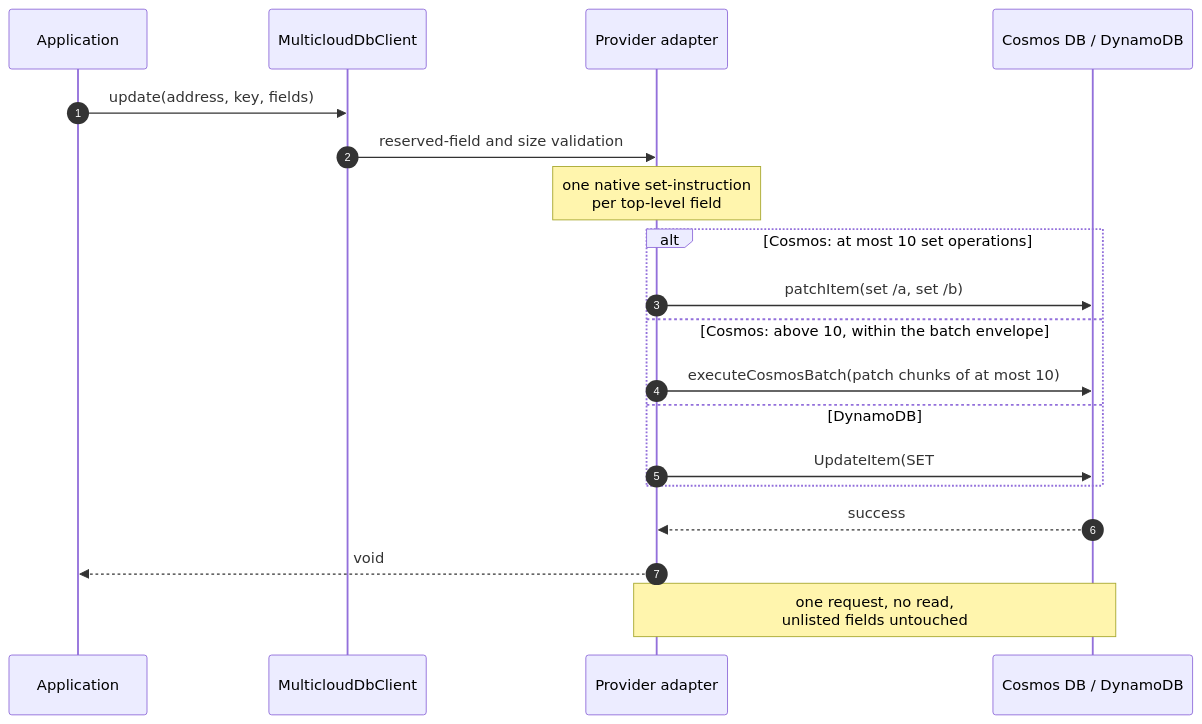
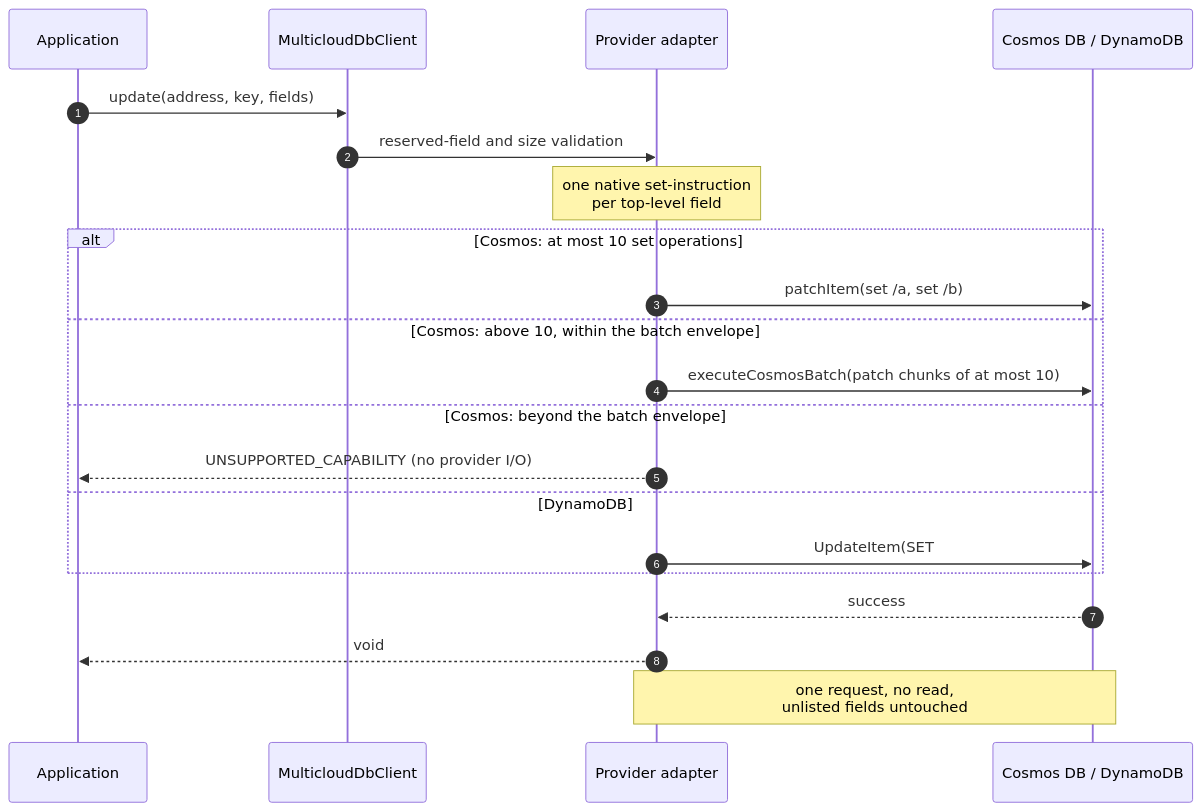
One commit to allenkim0129/multiclouddb-sdk-for-java changed the second of 3 diagrams in specs/002-partial-update/design.md. Above: the diagram before and after it, drawn with Mermaid. The commit also changed other lines of this file, not shown here.

First line of the commit message:
docs(partial-update): adopt capability-gated payload limits

````diff
--- a/specs/002-partial-update/design.md
+++ b/specs/002-partial-update/design.md
@@ -306,22 +319,24 @@
 ```mermaid
 sequenceDiagram
     autonumber
     participant App as Application
     participant API as MulticloudDbClient
     participant ADP as Provider adapter
     participant DB as Cosmos DB / DynamoDB
 
     App->>API: update(address, key, fields)
     API->>ADP: reserved-field and size validation
     Note over ADP: one native set-instruction<br/>per top-level field
     alt Cosmos: at most 10 set operations
         ADP->>DB: patchItem(set /a, set /b)
     else Cosmos: above 10, within the batch envelope
         ADP->>DB: executeCosmosBatch(patch chunks of at most 10)
+    else Cosmos: beyond the batch envelope
+        ADP-->>App: UNSUPPORTED_CAPABILITY (no provider I/O)
     else DynamoDB
         ADP->>DB: UpdateItem(SET #a=:a, #b=:b)
     end
     DB-->>ADP: success
     ADP-->>App: void
     Note over ADP,DB: one request, no read,<br/>unlisted fields untouched
 ```
````
